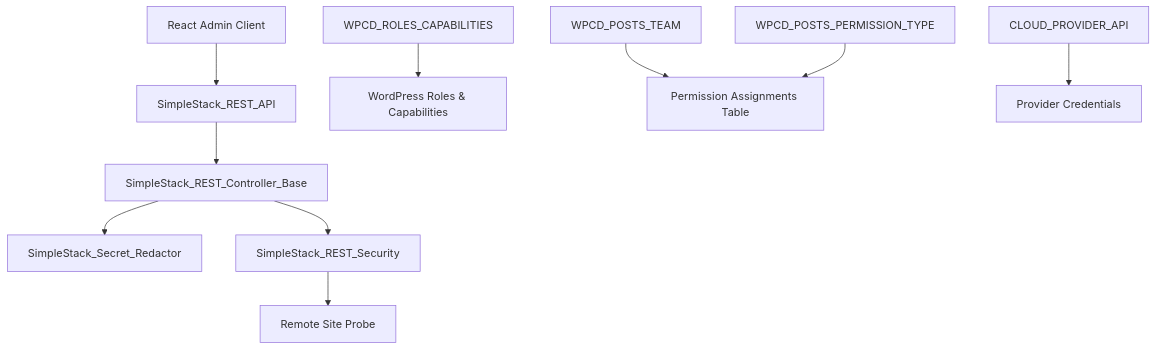
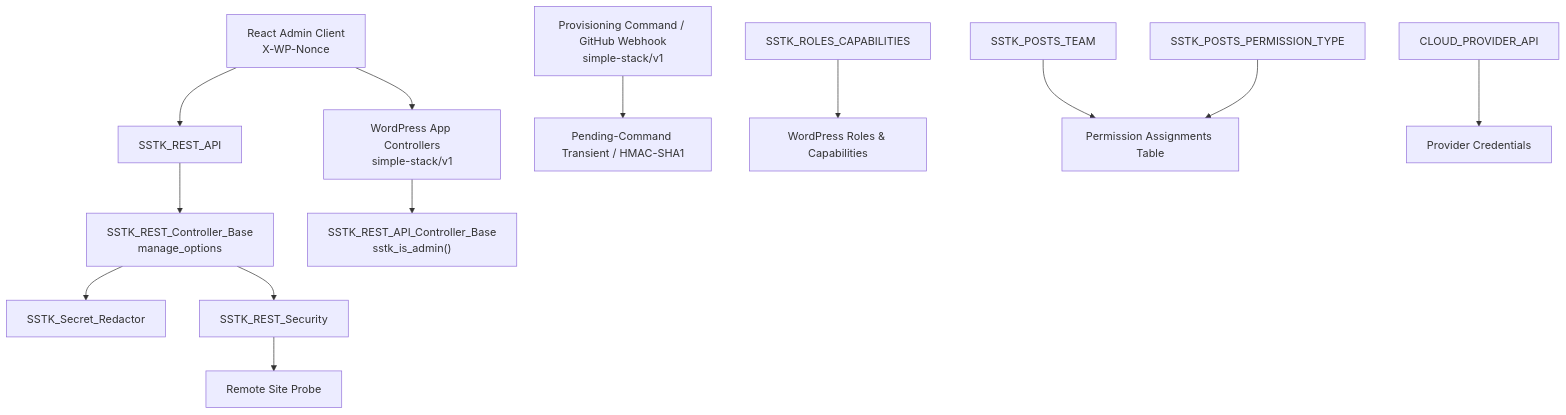
The first of 9 diagrams in .qoder/repowiki/en/content/Security & Authentication/Security & Authentication.md (onedogsolutions/simple-stack), drawn with Mermaid before and after one commit. The commit also changed other lines of this file and 5941 other files, not shown here.

First line of the commit message:
refactor(core): rebrand WPCloudDeploy to Simple Stack with new namespaces and prefixes

````diff
--- a/.qoder/repowiki/en/content/Security & Authentication/Security & Authentication.md
+++ b/.qoder/repowiki/en/content/Security & Authentication/Security & Authentication.md
@@ -44,12 +54,15 @@
 ```mermaid
 graph TB
-Client["React Admin Client"] --> API["SimpleStack_REST_API"]
-API --> Base["SimpleStack_REST_Controller_Base"]
-Base --> Redactor["SimpleStack_Secret_Redactor"]
-Base --> Security["SimpleStack_REST_Security"]
+Client["React Admin Client<br/>X-WP-Nonce"] --> API["SSTK_REST_API"]
+API --> Base["SSTK_REST_Controller_Base<br/>manage_options"]
+Base --> Redactor["SSTK_Secret_Redactor"]
+Base --> Security["SSTK_REST_Security"]
 Security --> SSH["Remote Site Probe"]
-Roles["WPCD_ROLES_CAPABILITIES"] --> WP["WordPress Roles & Capabilities"]
-Teams["WPCD_POSTS_TEAM"] --> DB["Permission Assignments Table"]
-PermTypes["WPCD_POSTS_PERMISSION_TYPE"] --> DB
+Client --> WPApp["WordPress App Controllers<br/>simple-stack/v1"]
+WPApp --> WPAppBase["SSTK_REST_API_Controller_Base<br/>sstk_is_admin()"]
+Callbacks["Provisioning Command / GitHub Webhook<br/>simple-stack/v1"] --> CallbackAuth["Pending-Command Transient / HMAC-SHA1"]
+Roles["SSTK_ROLES_CAPABILITIES"] --> WP["WordPress Roles & Capabilities"]
+Teams["SSTK_POSTS_TEAM"] --> DB["Permission Assignments Table"]
+PermTypes["SSTK_POSTS_PERMISSION_TYPE"] --> DB
 Providers["CLOUD_PROVIDER_API"] --> Secrets["Provider Credentials"]
 ```
````
